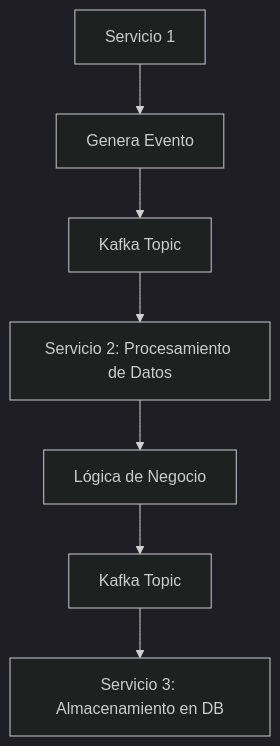
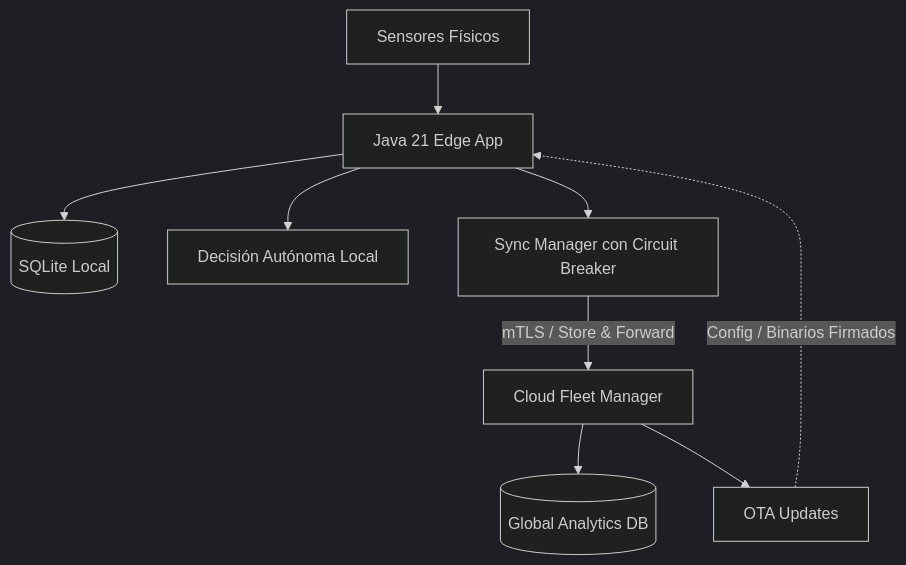
Before and after one commit to Joaquinriosheredia/DAM-Java-Mastery: the seventh of 7 diagrams in _Review/edge_computing_y_arquitecturas_distribuidas_modernas/edge_computing_y_arquitecturas_distribuidas_modernas.md, drawn with Mermaid (dark theme). The commit also changed other lines of this file, not shown here.

Commit message:
Edge Computing y Arquitecturas Distribuidas Modernas con Java 21

````diff
--- a/_Review/edge_computing_y_arquitecturas_distribuidas_modernas/edge_computing_y_arquitecturas_distribuidas_modernas.md
+++ b/_Review/edge_computing_y_arquitecturas_distribuidas_modernas/edge_computing_y_arquitecturas_distribuidas_modernas.md
@@ -631,9 +512,11 @@
 ```mermaid
 graph TD
-    A[Servicio 1] --> B[Genera Evento]
-    B --> C[Kafka Topic]
-    C --> D[Servicio 2: Procesamiento de Datos]
-    D --> E[Lógica de Negocio]
-    E --> F[Kafka Topic]
-    F --> G[Servicio 3: Almacenamiento en DB]
+    PHYSICAL[Sensores Físicos] --> EDGE[Java 21 Edge App]
+    EDGE --> LOCAL[(SQLite Local)]
+    EDGE --> DECISION[Decisión Autónoma Local]
+    EDGE --> SYNC[Sync Manager con Circuit Breaker]
+    SYNC -->|mTLS / Store & Forward| CLOUD[Cloud Fleet Manager]
+    CLOUD --> GLOBAL[(Global Analytics DB)]
+    CLOUD --> OTA[OTA Updates]
+    OTA -.->|Config / Binarios Firmados| EDGE
 ```
````
